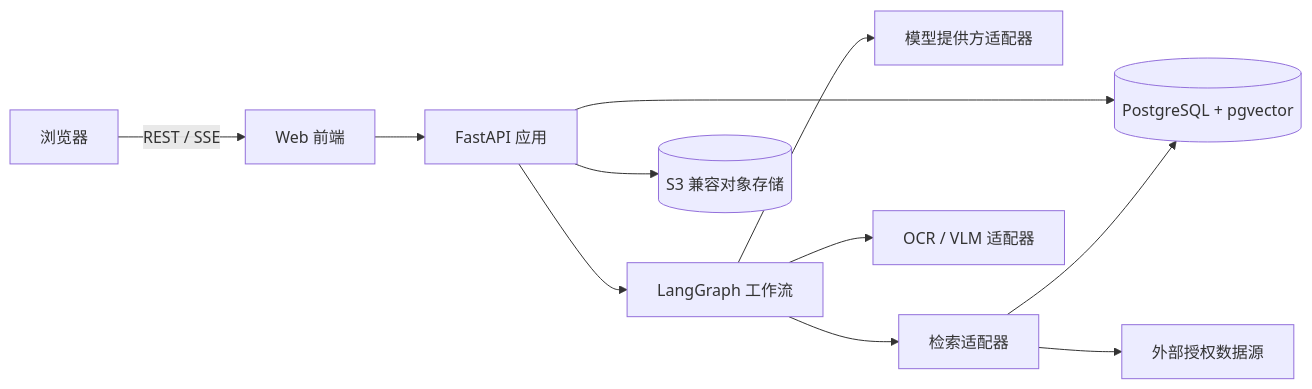
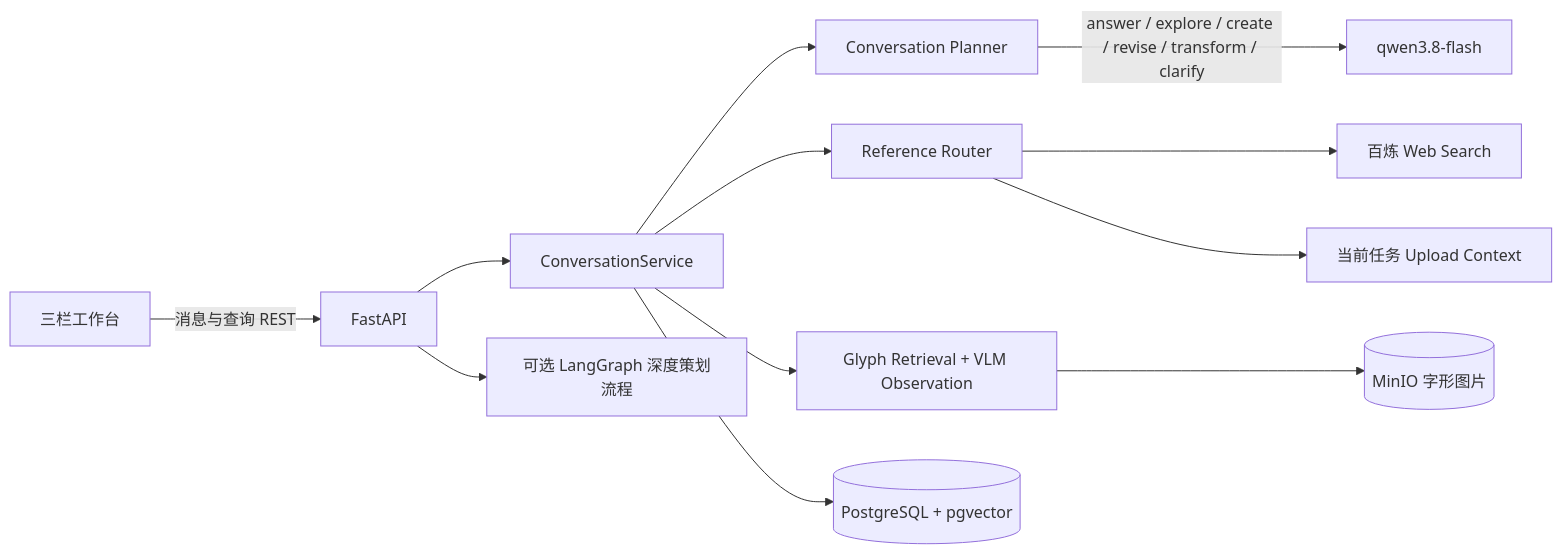
The first of 3 diagrams in docs/PROJECT_DESIGN.md (DaHaohao2003/CharacterVein), drawn with Mermaid before and after one commit. The commit also changed other lines of this file and 67 other files, not shown here.

````diff
--- a/docs/PROJECT_DESIGN.md
+++ b/docs/PROJECT_DESIGN.md
@@ -84,13 +105,14 @@
 ```mermaid
 flowchart LR
-    U[浏览器] -->|REST / SSE| W[Web 前端]
-    W --> A[FastAPI 应用]
-    A --> G[LangGraph 工作流]
-    A --> D[(PostgreSQL + pgvector)]
-    A --> O[(S3 兼容对象存储)]
-    G --> P[模型提供方适配器]
-    G --> R[检索适配器]
-    G --> X[OCR / VLM 适配器]
-    R --> D
-    R --> E[外部授权数据源]
+    U[三栏工作台] -->|消息与查询 REST| A[FastAPI]
+    A --> S[ConversationService]
+    S --> P[Conversation Planner]
+    P -->|answer / explore / create / revise / transform / clarify| M[qwen3.8-flash]
+    S --> R[Reference Router]
+    S --> Q[Glyph Retrieval + VLM Observation]
+    S --> D[(PostgreSQL + pgvector)]
+    Q --> O[(MinIO 字形图片)]
+    R --> E[百炼 Web Search]
+    R --> V[当前任务 Upload Context]
+    A --> G[可选 LangGraph 深度策划流程]
 ```
````
